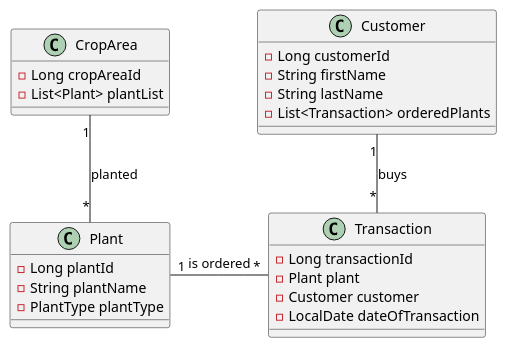
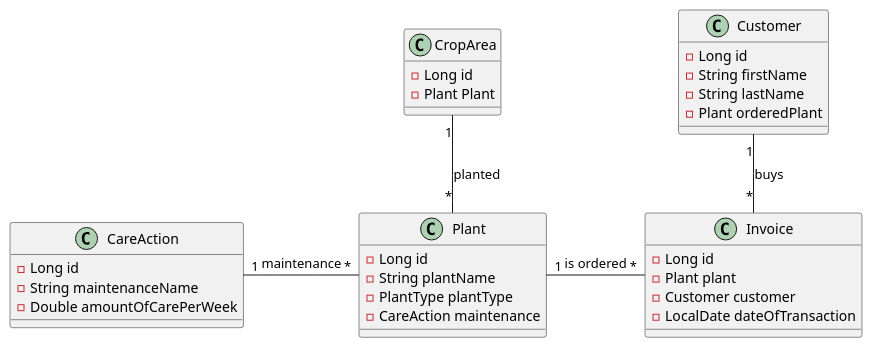
Before and after one commit to 2122-5ahitm-sew/01-microproject-PhilippEdlinger: the diagram in asciidocs/plantuml/cld.puml, drawn with PlantUML.

Commit message:
updated cld

```diff
--- a/asciidocs/plantuml/cld.puml
+++ b/asciidocs/plantuml/cld.puml
@@ -1,29 +1,38 @@
 @startuml
 class Customer{
-    - Long customerId
+    - Long id
     - String firstName
     - String lastName
-    - List<Transaction> orderedPlants
+    - Plant orderedPlant
 }
 
-class Transaction{
-    - Long transactionId
+class Invoice{
+    - Long id
     - Plant plant
     - Customer customer
     - LocalDate dateOfTransaction
 }
 
 class Plant{
-    - Long plantId
+    - Long id
     - String plantName
     - PlantType plantType
+    - CareAction maintenance
 }
 
 class CropArea{
-    - Long cropAreaId
-    - List<Plant> plantList
+    - Long id
+    - Plant Plant
 }
-Customer "1" -- "*" Transaction : buys
-Plant "1" -right- "*" Transaction : is ordered
+
+class CareAction{
+    - Long id
+    - String maintenanceName
+    - Double amountOfCarePerWeek
+}
+
+Customer "1" -- "*" Invoice : buys
+Plant "1" -right- "*" Invoice : is ordered
+Plant "*" -left- "1" CareAction: maintenance
 CropArea "1" -- "*" Plant : planted
 @enduml
```
